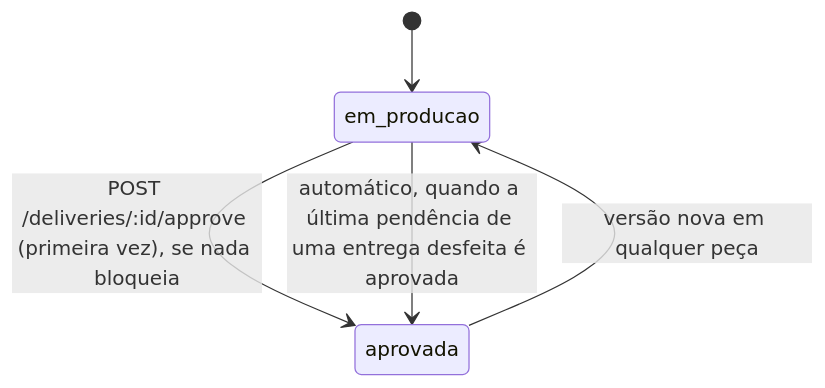
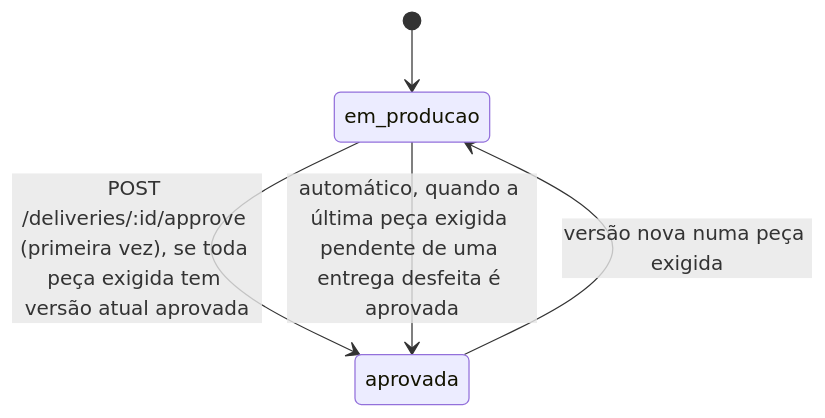
The second of 2 diagrams in README.md (pPeterle/conty-challenge-revisao-video), drawn with Mermaid before and after one commit. The commit also changed other lines of this file, not shown here.

````diff
--- a/README.md
+++ b/README.md
@@ -44,7 +43,7 @@
 ```mermaid
 stateDiagram-v2
   [*] --> em_producao
-  em_producao --> aprovada: POST /deliveries/:id/approve (primeira vez), se nada bloqueia
-  aprovada --> em_producao: versão nova em qualquer peça
-  em_producao --> aprovada: automático, quando a última pendência de uma entrega desfeita é aprovada
+  em_producao --> aprovada: POST /deliveries/:id/approve (primeira vez), se toda peça exigida tem versão atual aprovada
+  aprovada --> em_producao: versão nova numa peça exigida
+  em_producao --> aprovada: automático, quando a última peça exigida pendente de uma entrega desfeita é aprovada
 ```
````
